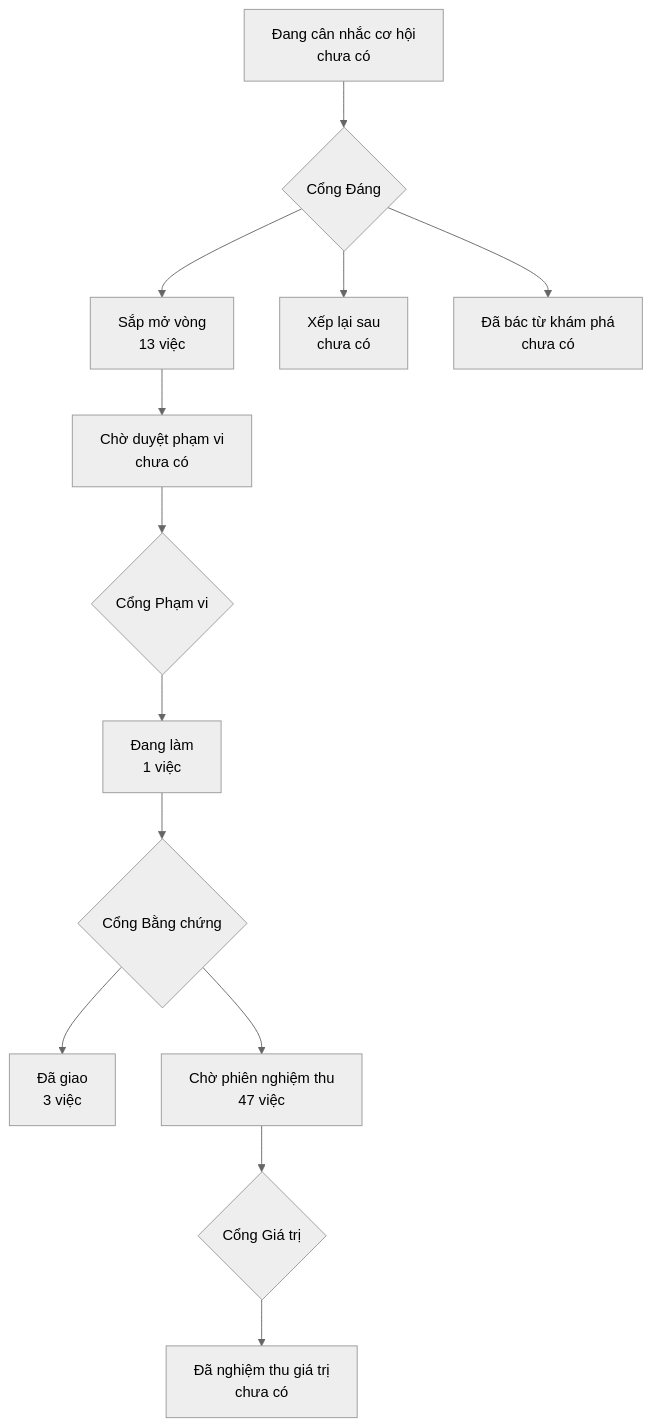
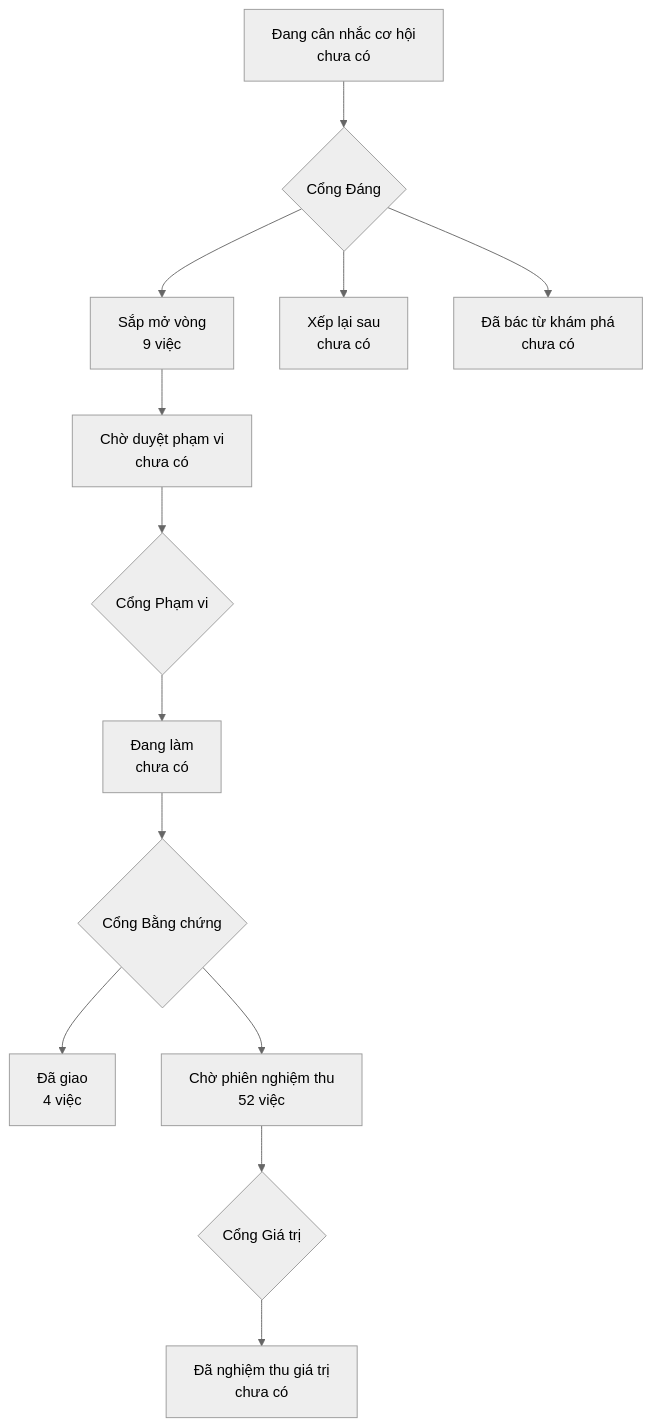
One commit to phanlemanh/onehub-inventory changed the diagram in PRODUCT-MAP.md. Above: the diagram before and after it, drawn with Mermaid (neutral theme). The commit also changed other lines of this file and 5 other files, not shown here.

````diff
--- a/PRODUCT-MAP.md
+++ b/PRODUCT-MAP.md
@@ -7,12 +7,12 @@
 ```mermaid
 flowchart TD
   A["Đang cân nhắc cơ hội<br/>chưa có"] --> GD{"Cổng Đáng"}
-  GD --> B["Sắp mở vòng<br/>13 việc"]
+  GD --> B["Sắp mở vòng<br/>9 việc"]
   GD --> XL["Xếp lại sau<br/>chưa có"]
   GD --> DB["Đã bác từ khám phá<br/>chưa có"]
   B --> CD["Chờ duyệt phạm vi<br/>chưa có"] --> GP{"Cổng Phạm vi"}
-  GP --> DL["Đang làm<br/>1 việc"] --> GB{"Cổng Bằng chứng"}
-  GB --> DG["Đã giao<br/>3 việc"]
-  GB --> CN["Chờ phiên nghiệm thu<br/>47 việc"] --> GG{"Cổng Giá trị"}
+  GP --> DL["Đang làm<br/>chưa có"] --> GB{"Cổng Bằng chứng"}
+  GB --> DG["Đã giao<br/>4 việc"]
+  GB --> CN["Chờ phiên nghiệm thu<br/>52 việc"] --> GG{"Cổng Giá trị"}
   GG --> NT["Đã nghiệm thu giá trị<br/>chưa có"]
 ```
````
